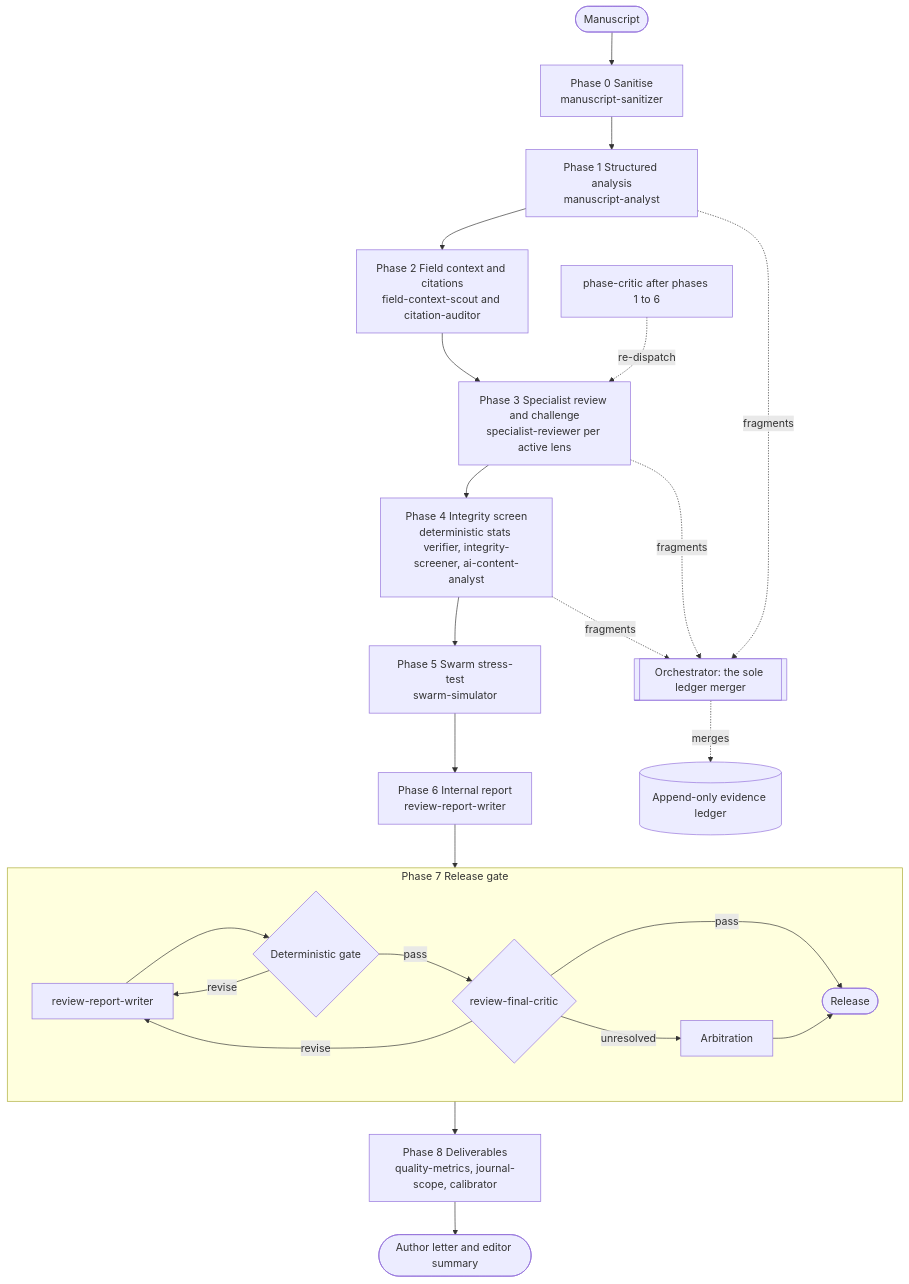
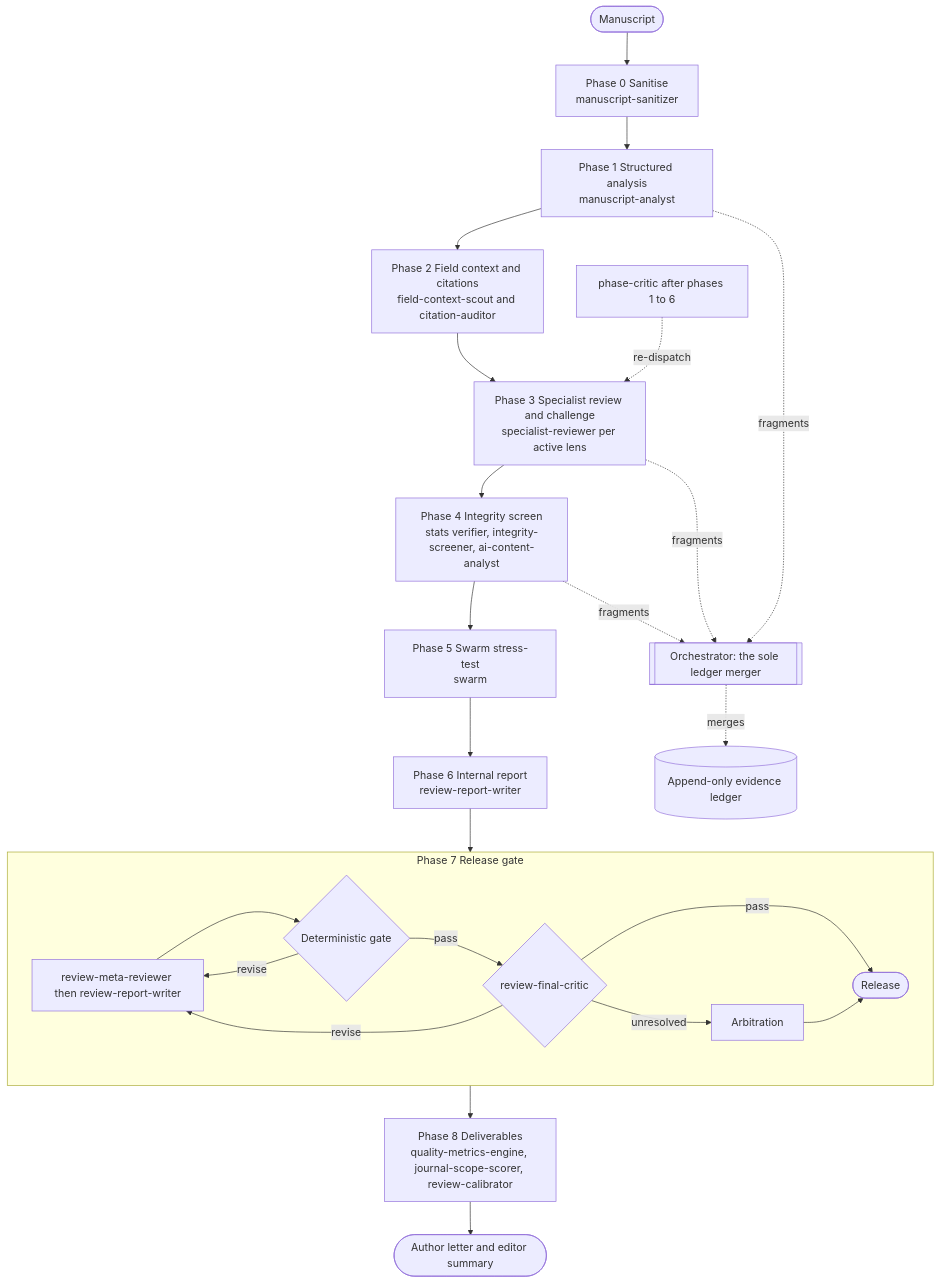
The first of 2 diagrams in README.md (llewellynvz/mara-multi-agent-academic-peer-review-platform), drawn with Mermaid before and after one commit. The commit also changed other lines of this file and 29 other files, not shown here.

````diff
--- a/README.md
+++ b/README.md
@@ -71,33 +75,33 @@
 ```mermaid
 flowchart TD
     M([Manuscript])
     P0[Phase 0 Sanitise<br/>manuscript-sanitizer]
     P1[Phase 1 Structured analysis<br/>manuscript-analyst]
     P2[Phase 2 Field context and citations<br/>field-context-scout and citation-auditor]
     P3[Phase 3 Specialist review and challenge<br/>specialist-reviewer per active lens]
-    P4[Phase 4 Integrity screen<br/>deterministic stats verifier, integrity-screener, ai-content-analyst]
-    P5[Phase 5 Swarm stress-test<br/>swarm-simulator]
+    P4[Phase 4 Integrity screen<br/>stats verifier, integrity-screener, ai-content-analyst]
+    P5[Phase 5 Swarm stress-test<br/>swarm]
     P6[Phase 6 Internal report<br/>review-report-writer]
-    P8[Phase 8 Deliverables<br/>quality-metrics, journal-scope, calibrator]
+    P8[Phase 8 Deliverables<br/>quality-metrics-engine, journal-scope-scorer, review-calibrator]
     OUT([Author letter and editor summary])
 
     subgraph G [Phase 7 Release gate]
       direction LR
-      WR[review-report-writer] --> GV{Deterministic gate}
+      WR[review-meta-reviewer then review-report-writer] --> GV{Deterministic gate}
       GV -- revise --> WR
       GV -- pass --> FC{review-final-critic}
       FC -- revise --> WR
       FC -- pass --> REL([Release])
       FC -- unresolved --> AR[Arbitration] --> REL
     end
 
     M --> P0 --> P1 --> P2 --> P3 --> P4 --> P5 --> P6 --> G --> P8 --> OUT
 
     L[(Append-only evidence ledger)]
     ORC[[Orchestrator: the sole ledger merger]]
     P1 -. fragments .-> ORC
     P3 -. fragments .-> ORC
     P4 -. fragments .-> ORC
     ORC -. merges .-> L
     PC[phase-critic after phases 1 to 6] -. re-dispatch .-> P3
 ```
````
